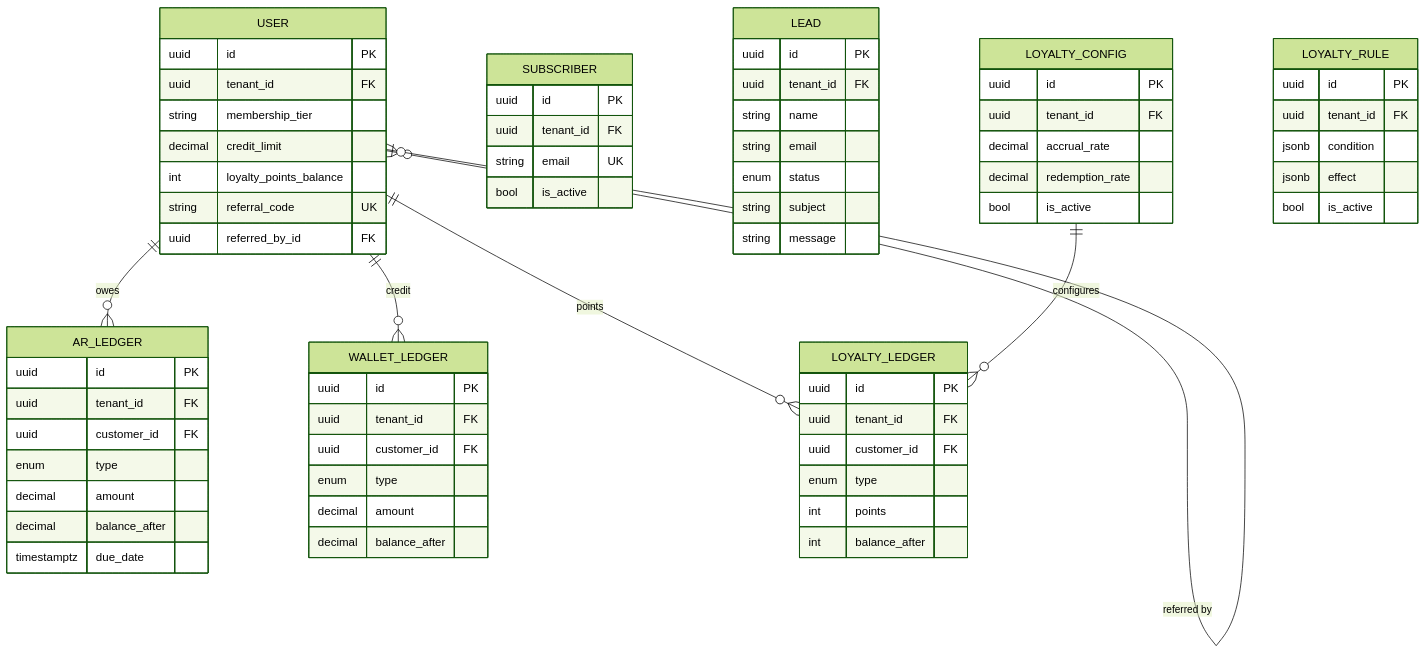
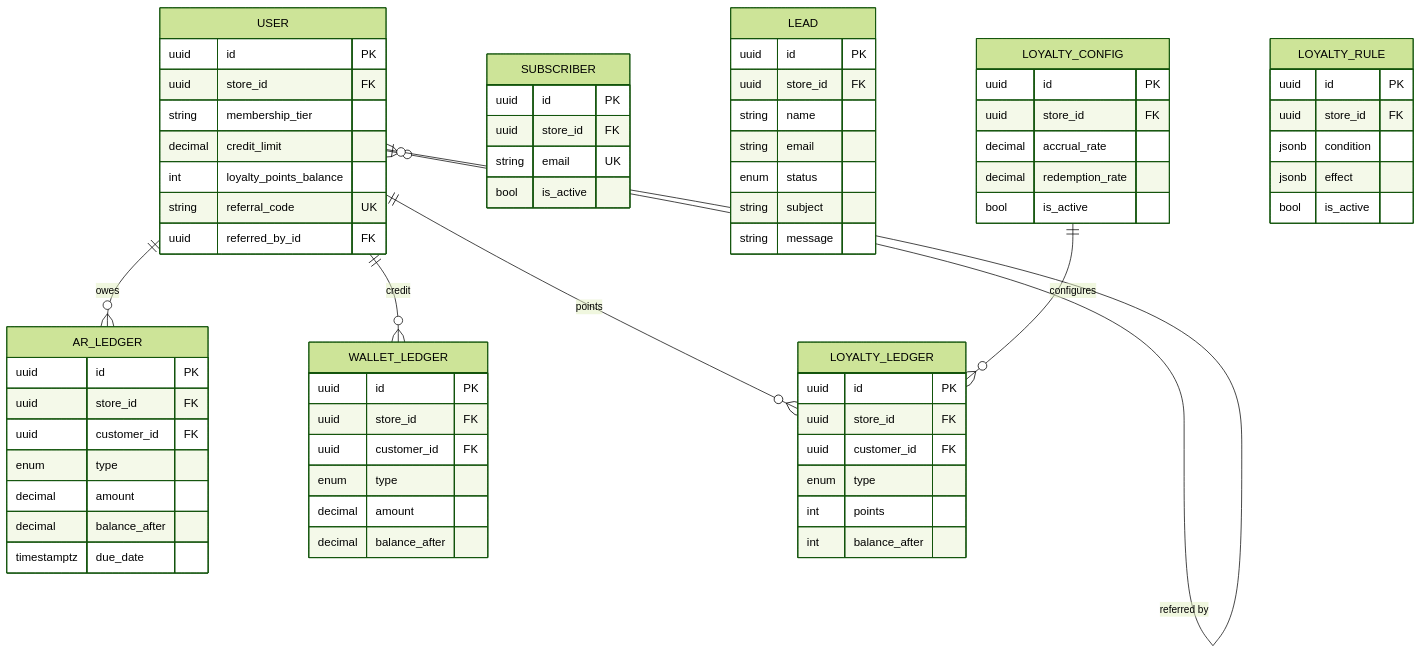
Diagram 11 of 14 in doc/system-design/erp_master_database_design.md (gowtamkumar/eCommerce-multi-store-saas-erp), drawn with Mermaid (forest theme) before and after one commit. The commit also changed other lines of this file and 764 other files, not shown here.

````diff
--- a/doc/system-design/erp_master_database_design.md
+++ b/doc/system-design/erp_master_database_design.md
@@ -1119,72 +1119,72 @@
 ```mermaid
 erDiagram
   USER {
     uuid id PK
-    uuid tenant_id FK
+    uuid store_id FK
     string membership_tier
     decimal credit_limit
     int loyalty_points_balance
     string referral_code UK
     uuid referred_by_id FK
   }
   SUBSCRIBER {
     uuid id PK
-    uuid tenant_id FK
+    uuid store_id FK
     string email UK
     bool is_active
   }
   LEAD {
     uuid id PK
-    uuid tenant_id FK
+    uuid store_id FK
     string name
     string email
     enum status
     string subject
     string message
   }
   AR_LEDGER {
     uuid id PK
-    uuid tenant_id FK
+    uuid store_id FK
     uuid customer_id FK
     enum type
     decimal amount
     decimal balance_after
     timestamptz due_date
   }
   WALLET_LEDGER {
     uuid id PK
-    uuid tenant_id FK
+    uuid store_id FK
     uuid customer_id FK
     enum type
     decimal amount
     decimal balance_after
   }
   LOYALTY_LEDGER {
     uuid id PK
-    uuid tenant_id FK
+    uuid store_id FK
     uuid customer_id FK
     enum type
     int points
     int balance_after
   }
   LOYALTY_CONFIG {
     uuid id PK
-    uuid tenant_id FK
+    uuid store_id FK
     decimal accrual_rate
     decimal redemption_rate
     bool is_active
   }
   LOYALTY_RULE {
     uuid id PK
-    uuid tenant_id FK
+    uuid store_id FK
     jsonb condition
     jsonb effect
     bool is_active
   }
 
   USER ||--o{ AR_LEDGER                   : "owes"
   USER ||--o{ WALLET_LEDGER               : "credit"
   USER ||--o{ LOYALTY_LEDGER              : "points"
   USER }o--o| USER                        : "referred by"
   LOYALTY_CONFIG ||--o{ LOYALTY_LEDGER    : "configures"
 ```
````
